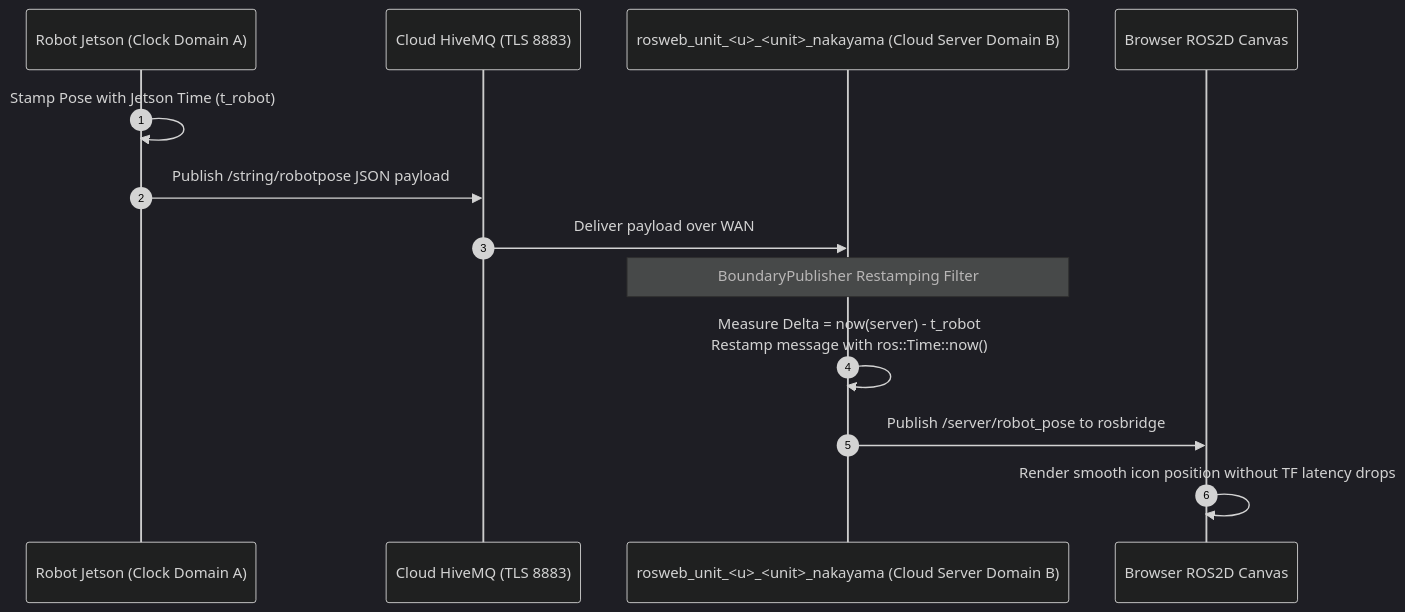
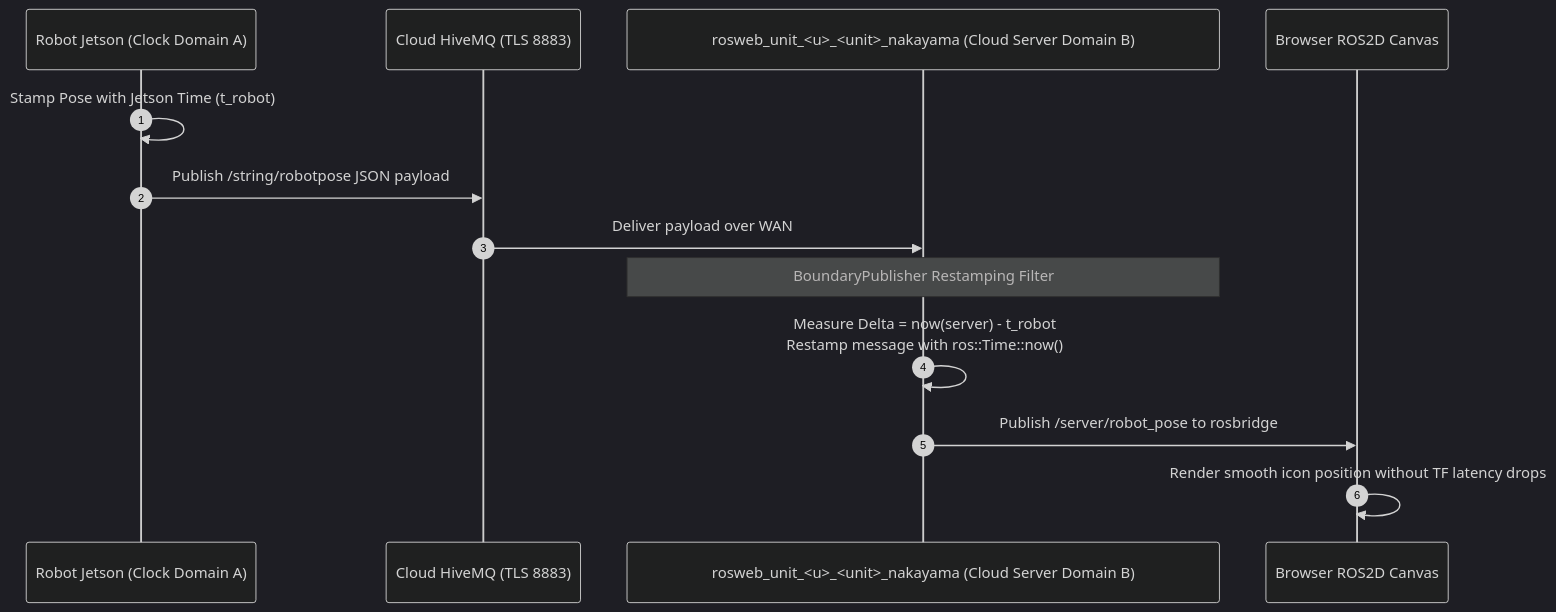
One commit to itbdelaboprogramming/msd700_documentation changed the second of 2 diagrams in docs/development/ros/tf-transforms.md. Above: the diagram before and after it, drawn with Mermaid (dark theme). The commit also changed 148 other files, not shown here.

First line of the commit message:
docs: render all mermaid diagrams to static draw.io-style PNGs

````diff
--- a/docs/development/ros/tf-transforms.md
+++ b/docs/development/ros/tf-transforms.md
@@ -72,16 +72,16 @@
 ```mermaid
 sequenceDiagram
   autonumber
   participant Robot as Robot Jetson (Clock Domain A)
   participant MQTT as Cloud HiveMQ (TLS 8883)
-  participant Relay as rosweb_unit_<u>_<unit>_nakayama (Cloud Server Domain B)
+  participant Relay as rosweb_unit_#lt;u#gt;_#lt;unit#gt;_nakayama (Cloud Server Domain B)
   participant Canvas as Browser ROS2D Canvas
 
   Robot->>Robot: Stamp Pose with Jetson Time (t_robot)
   Robot->>MQTT: Publish /string/robotpose JSON payload
   MQTT->>Relay: Deliver payload over WAN
   Note over Relay: BoundaryPublisher Restamping Filter
   Relay->>Relay: Measure Delta = now(server) - t_robot<br/>Restamp message with ros::Time::now()
   Relay->>Canvas: Publish /server/robot_pose to rosbridge
   Canvas->>Canvas: Render smooth icon position without TF latency drops
 ```
````
